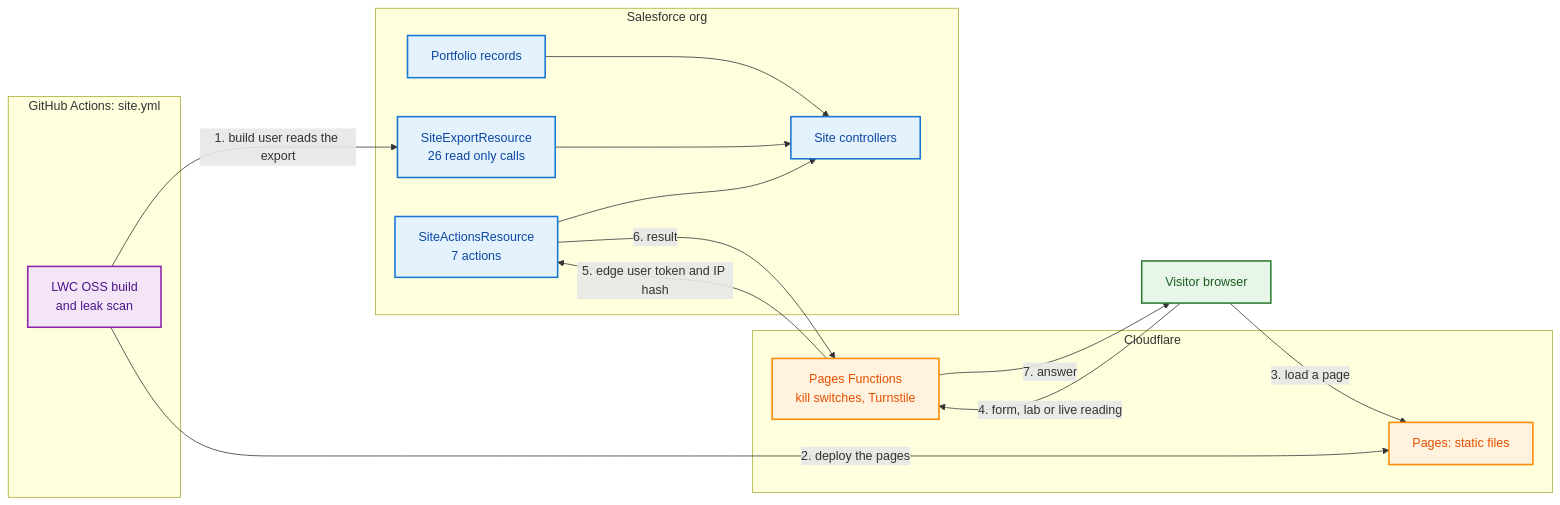
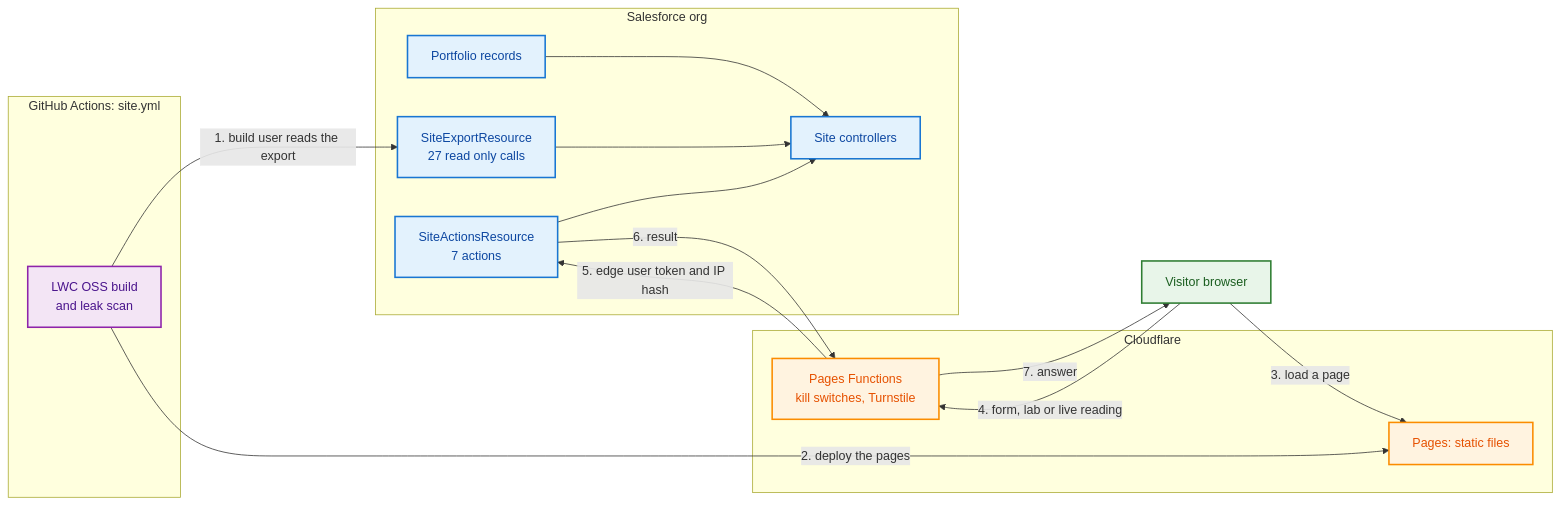
One commit to rdbumstead/salesforce-platform-architect-portfolio changed the fifth of 6 diagrams in docs/guides/03-SAS.md. Above: the diagram before and after it, drawn with Mermaid. The commit also changed other lines of this file and 7 other files, not shown here.

````diff
--- a/docs/guides/03-SAS.md
+++ b/docs/guides/03-SAS.md
@@ -576,41 +576,41 @@
 ```mermaid
 flowchart LR
     classDef org fill:#E3F2FD,stroke:#1976D2,stroke-width:2px,color:#0D47A1;
     classDef ci fill:#F3E5F5,stroke:#8E24AA,stroke-width:2px,color:#4A148C;
     classDef edge fill:#FFF3E0,stroke:#FB8C00,stroke-width:2px,color:#E65100;
     classDef client fill:#E8F5E9,stroke:#2E7D32,stroke-width:2px,color:#1B5E20;
 
     subgraph ORG["Salesforce org"]
         Records["Portfolio records"]
-        Export["SiteExportResource<br/>26 read only calls"]
+        Export["SiteExportResource<br/>27 read only calls"]
         Actions["SiteActionsResource<br/>7 actions"]
         Controllers["Site controllers"]
         Records --> Controllers
         Export --> Controllers
         Actions --> Controllers
     end
 
     subgraph BUILD["GitHub Actions: site.yml"]
         Build["LWC OSS build<br/>and leak scan"]
     end
 
     subgraph CF["Cloudflare"]
         Pages["Pages: static files"]
         Funcs["Pages Functions<br/>kill switches, Turnstile"]
     end
 
     Browser["Visitor browser"]
 
     Build -->|"1. build user reads the export"| Export
     Build -->|"2. deploy the pages"| Pages
     Browser -->|"3. load a page"| Pages
     Browser -->|"4. form, lab or live reading"| Funcs
     Funcs -->|"5. edge user token and IP hash"| Actions
     Actions -->|"6. result"| Funcs
     Funcs -->|"7. answer"| Browser
 
     class Records,Export,Actions,Controllers org;
     class Build ci;
     class Pages,Funcs edge;
     class Browser client;
 ```
````
